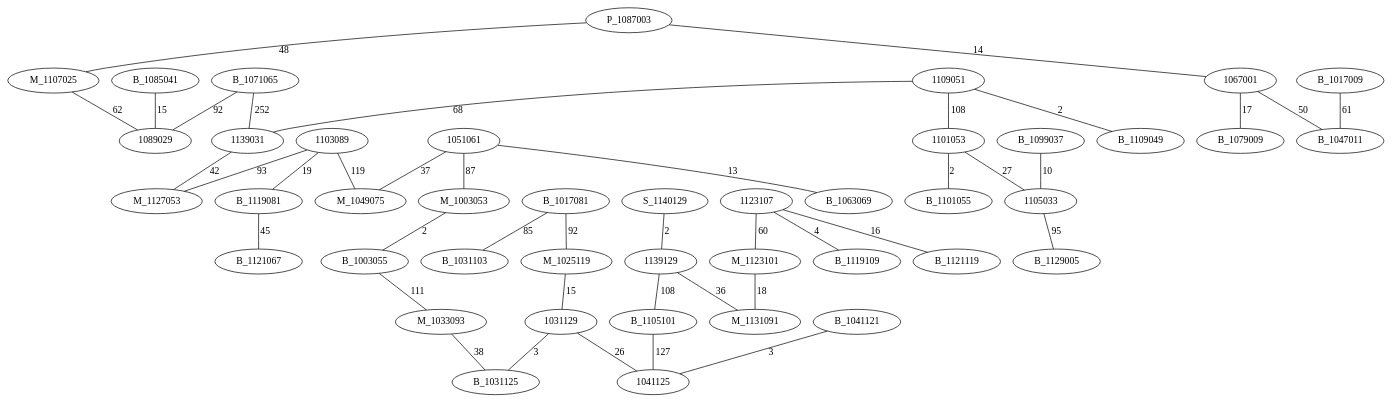
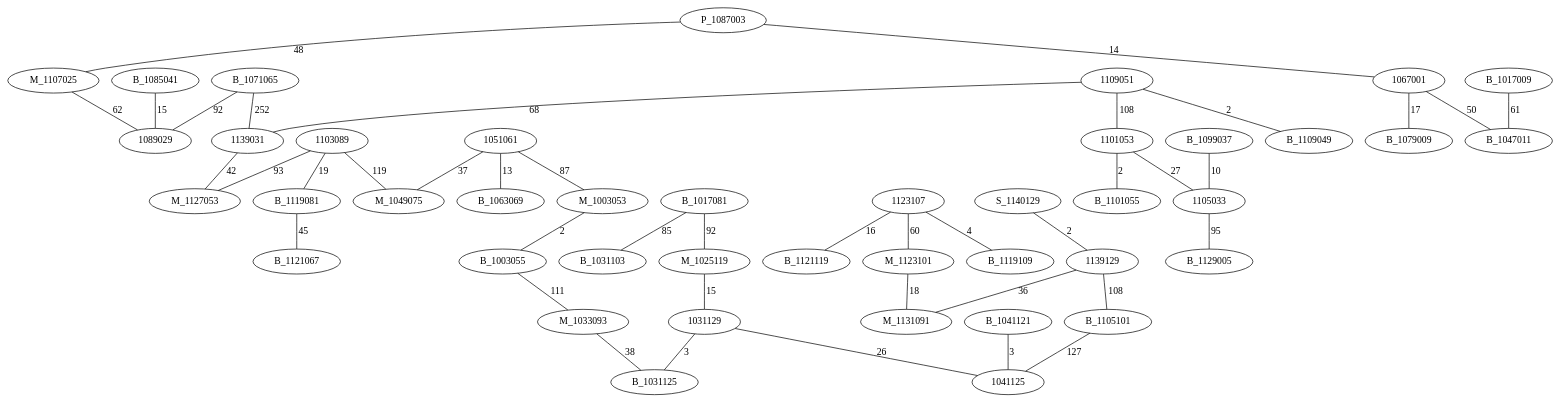
One commit to AsmNoob/Labyrinthe changed the diagram in Graph.dot. Above: the diagram before and after it, drawn with Graphviz. The commit also changed other lines of this file, not shown here.

Commit message:
bizzare plsu de graph dot

```diff
--- a/Graph.dot
+++ b/Graph.dot
@@ -1,45 +1,45 @@
 graph chemin {
 
 	P_1087003 -- M_1107025 [label=48]
 	P_1087003 -- 1067001 [label=14]
+	1103089 -- M_1049075 [label=119]
 	1103089 -- B_1119081 [label=19]
-	1103089 -- M_1049075 [label=119]
 	1103089 -- M_1127053 [label=93]
+	B_1071065 -- 1089029 [label=92]
 	B_1071065 -- 1139031 [label=252]
-	B_1071065 -- 1089029 [label=92]
 	1067001 -- B_1079009 [label=17]
 	1067001 -- B_1047011 [label=50]
 	1051061 -- M_1049075 [label=37]
+	1051061 -- B_1063069 [label=13]
 	1051061 -- M_1003053 [label=87]
-	1051061 -- B_1063069 [label=13]
 	S_1140129 -- 1139129 [label=2]
-	1109051 -- 1139031 [label=68]
 	1109051 -- 1101053 [label=108]
 	1109051 -- B_1109049 [label=2]
+	1109051 -- 1139031 [label=68]
 	B_1017081 -- B_1031103 [label=85]
 	B_1017081 -- M_1025119 [label=92]
 	B_1017009 -- B_1047011 [label=61]
+	1123107 -- B_1119109 [label=4]
 	1123107 -- M_1123101 [label=60]
-	1123107 -- B_1119109 [label=4]
 	1123107 -- B_1121119 [label=16]
+	1139129 -- B_1105101 [label=108]
 	1139129 -- M_1131091 [label=36]
-	1139129 -- B_1105101 [label=108]
 	M_1123101 -- M_1131091 [label=18]
 	B_1119081 -- B_1121067 [label=45]
 	1139031 -- M_1127053 [label=42]
 	B_1085041 -- 1089029 [label=15]
 	B_1105101 -- 1041125 [label=127]
 	M_1025119 -- 1031129 [label=15]
 	M_1003053 -- B_1003055 [label=2]
 	B_1003055 -- M_1033093 [label=111]
 	1101053 -- B_1101055 [label=2]
 	1101053 -- 1105033 [label=27]
 	M_1107025 -- 1089029 [label=62]
 	M_1033093 -- B_1031125 [label=38]
 	B_1099037 -- 1105033 [label=10]
 	1105033 -- B_1129005 [label=95]
+	1031129 -- 1041125 [label=26]
 	1031129 -- B_1031125 [label=3]
-	1031129 -- 1041125 [label=26]
 	B_1041121 -- 1041125 [label=3]
 
 }
```
